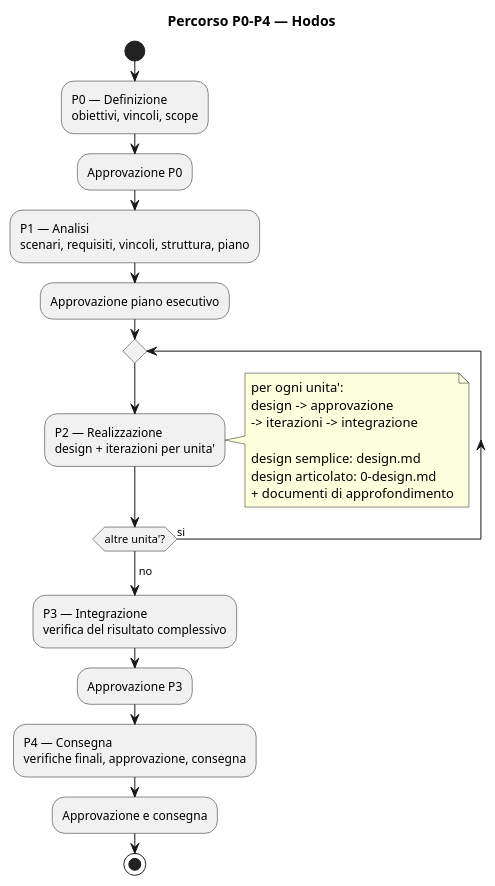
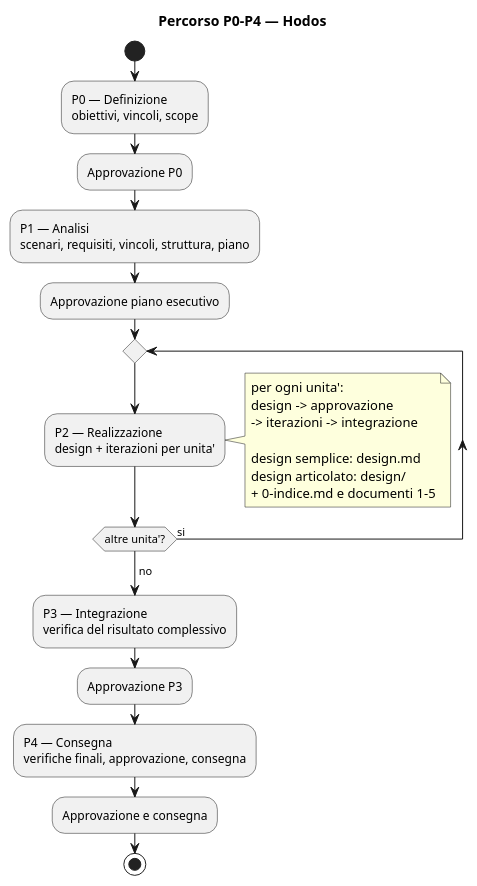
The diagram in it_IT/arricchimenti/fasi/diagrams/fasi-p0-p4.puml (fabiopellati/hodos), drawn with PlantUML before and after one commit. The commit also changed 6 other files, not shown here.

```diff
--- a/it_IT/arricchimenti/fasi/diagrams/fasi-p0-p4.puml
+++ b/it_IT/arricchimenti/fasi/diagrams/fasi-p0-p4.puml
@@ -1,43 +1,43 @@
 @startuml fasi-p0-p4
 title Percorso P0-P4 — Hodos
 
 start
 
 :P0 — Definizione
 obiettivi, vincoli, scope;
 
 :Approvazione P0;
 
 :P1 — Analisi
 scenari, requisiti, vincoli, struttura, piano;
 
 :Approvazione piano esecutivo;
 
 repeat
   :P2 — Realizzazione
   design + iterazioni per unita';
   note right
     per ogni unita':
     design -> approvazione
     -> iterazioni -> integrazione
 
     design semplice: design.md
-    design articolato: 0-design.md
-    + documenti di approfondimento
+    design articolato: design/
+    + 0-indice.md e documenti 1-5
   end note
 repeat while (altre unita'?) is (si)
 -> no;
 
 :P3 — Integrazione
 verifica del risultato complessivo;
 
 :Approvazione P3;
 
 :P4 — Consegna
 verifiche finali, approvazione, consegna;
 
 :Approvazione e consegna;
 
 stop
 
 @enduml
```
